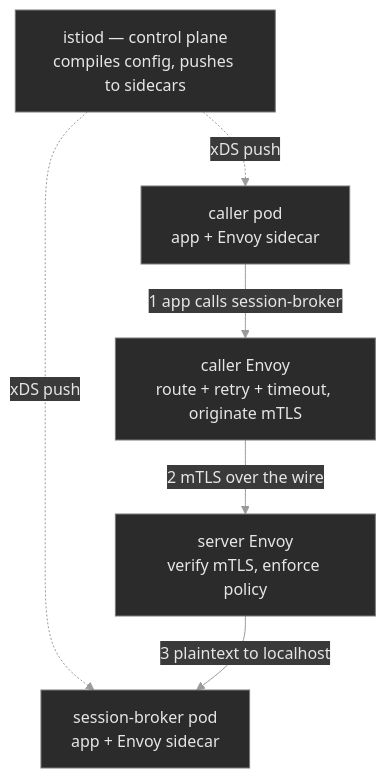
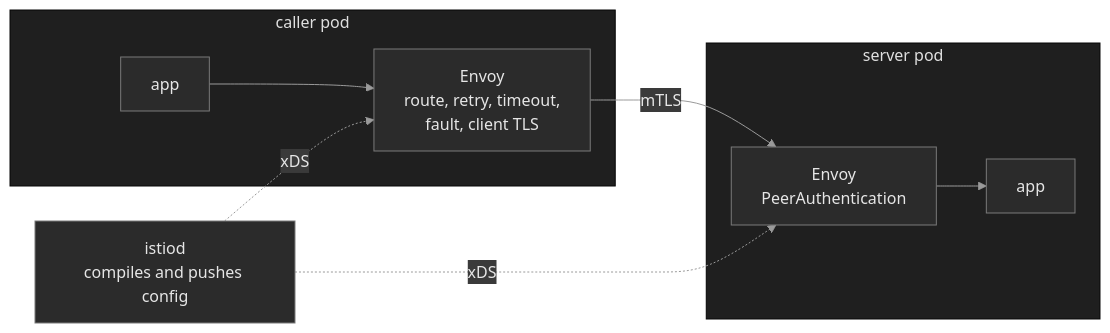
Before and after one commit to debozkurt/killercoda-k8s: the diagram in m15-service-mesh/LESSON.md, drawn with Mermaid. The commit also changed other lines of this file and 52 other files, not shown here.

````diff
--- a/m15-service-mesh/LESSON.md
+++ b/m15-service-mesh/LESSON.md
@@ -47,15 +47,19 @@
 ```mermaid
 %%{init: {'theme':'base', 'themeVariables': {
   'primaryColor':'#2b2b2b', 'primaryTextColor':'#e6e6e6',
   'primaryBorderColor':'#7a7a7a', 'lineColor':'#9a9a9a',
   'secondaryColor':'#3a3a3a', 'tertiaryColor':'#1f1f1f',
   'background':'#0f0f0f'
 }}}%%
-flowchart TD
-    ISTIOD[istiod — control plane<br/>compiles config, pushes to sidecars]
-    ISTIOD -. xDS push .-> EC[caller pod<br/>app + Envoy sidecar]
-    ISTIOD -. xDS push .-> ES[session-broker pod<br/>app + Envoy sidecar]
-    EC -->|"1 app calls session-broker"| ECP[caller Envoy<br/>route + retry + timeout, originate mTLS]
-    ECP -->|"2 mTLS over the wire"| ESP[server Envoy<br/>verify mTLS, enforce policy]
-    ESP -->|"3 plaintext to localhost"| ES
+flowchart LR
+    ISTIOD[istiod<br/>compiles and pushes config]
+    subgraph CALLER[caller pod]
+      CA[app] --> CE[Envoy<br/>route, retry, timeout,<br/>fault, client TLS]
+    end
+    subgraph SERVER[server pod]
+      SE[Envoy<br/>PeerAuthentication] --> SA[app]
+    end
+    ISTIOD -. xDS .-> CE
+    ISTIOD -. xDS .-> SE
+    CE -->|mTLS| SE
 ```
````
